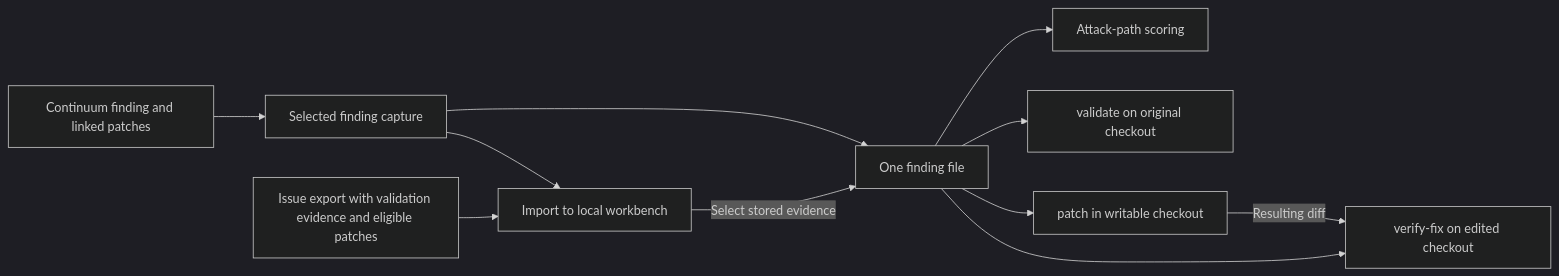
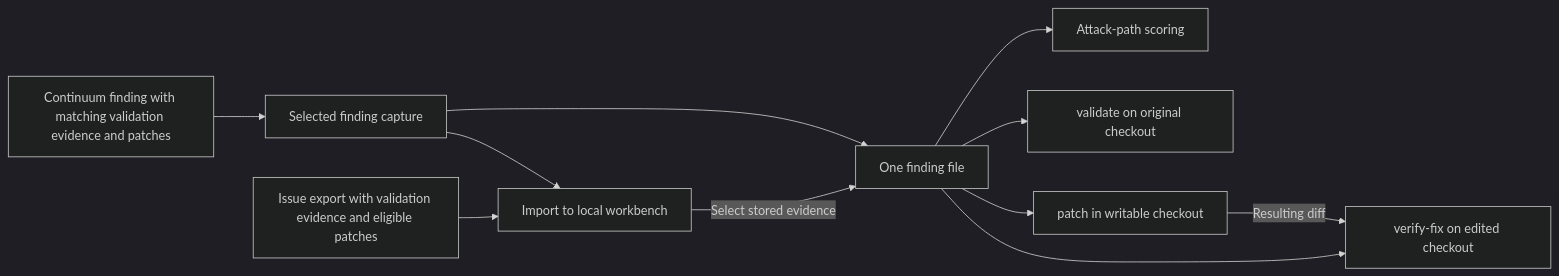
Before and after one commit to openai/codex-security: the diagram in docs/scanner-imports/continuum.md, drawn with Mermaid (dark theme). The commit also changed other lines of this file and 10 other files, not shown here.

Commit message:
feat(scanner-imports): retain validation evidence for individual Continuum findings

````diff
--- a/docs/scanner-imports/continuum.md
+++ b/docs/scanner-imports/continuum.md
@@ -241,13 +254,13 @@
 ```mermaid
 flowchart LR
-    A[Continuum finding and linked patches] --> C[Selected finding capture]
+    A[Continuum finding with matching validation evidence and patches] --> C[Selected finding capture]
     C --> F[One finding file]
     C --> I[Import to local workbench]
     E[Issue export with validation evidence and eligible patches] --> I
     I -->|Select stored evidence| F
     F --> S[Attack-path scoring]
     F --> B0[validate on original checkout]
     F --> P[patch in writable checkout]
     P -->|Resulting diff| V[verify-fix on edited checkout]
     F --> V
 ```
````
